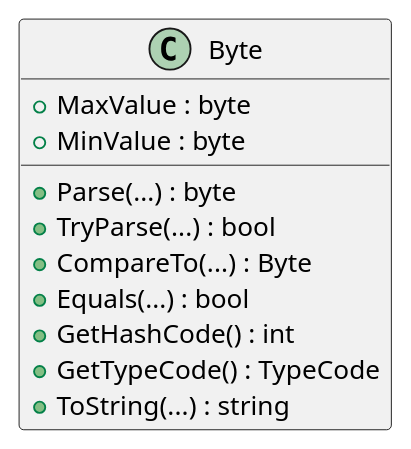
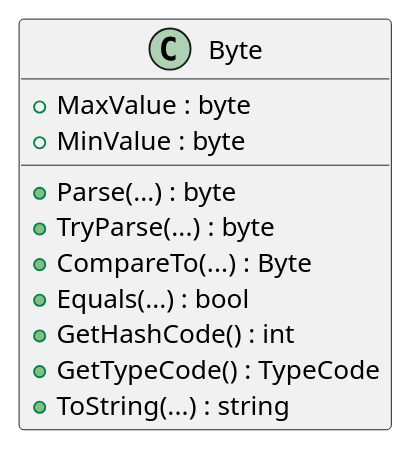
Before and after one commit to 03376836-OOP-2566/03376836-OOP-2566-Lab-02: the second of 7 diagrams in 65030258_HOMEWORK/Lab-02-part-1/README.md, drawn with PlantUML. The commit also changed other lines of this file, not shown here.

````diff
--- a/65030258_HOMEWORK/Lab-02-part-1/README.md
+++ b/65030258_HOMEWORK/Lab-02-part-1/README.md
@@ -27,18 +27,18 @@
 ```plantuml
 @startuml
 class Byte
 {
   + MaxValue : byte
   + MinValue : byte
 
   + Parse(...) : byte
-  + TryParse(...) : bool
+  + TryParse(...) : byte
   + CompareTo(...) : Byte
   + Equals(...) : bool
   + GetHashCode() : int
   + GetTypeCode() : TypeCode
   + ToString(...) : string
 }
 @enduml
 #Sittha Klaphanich
 ```
````
